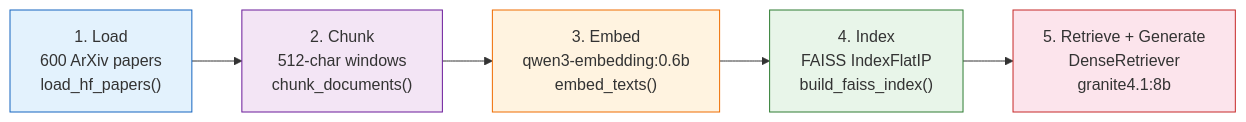
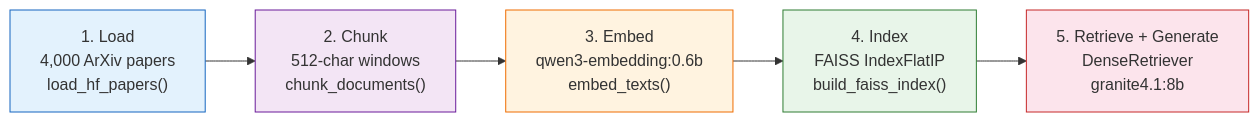
Before and after one commit to pypi-ahmad/agentic-rag-arxiv-research-assistant: the diagram in docs/03_part1_naive_rag/overview.md, drawn with Mermaid. The commit also changed other lines of this file and 25 other files, not shown here.

````diff
--- a/docs/03_part1_naive_rag/overview.md
+++ b/docs/03_part1_naive_rag/overview.md
@@ -18,13 +18,13 @@
 ```mermaid
 flowchart LR
-    A["1. Load\n600 ArXiv papers\nload_hf_papers()"] --> B["2. Chunk\n512-char windows\nchunk_documents()"]
+    A["1. Load\n4,000 ArXiv papers\nload_hf_papers()"] --> B["2. Chunk\n512-char windows\nchunk_documents()"]
     B --> C["3. Embed\nqwen3-embedding:0.6b\nembed_texts()"]
     C --> D["4. Index\nFAISS IndexFlatIP\nbuild_faiss_index()"]
     D --> E["5. Retrieve + Generate\nDenseRetriever\ngranite4.1:8b"]
 
     style A fill:#e3f2fd,stroke:#1565C0
     style B fill:#f3e5f5,stroke:#6A1B9A
     style C fill:#fff3e0,stroke:#EF6C00
     style D fill:#e8f5e9,stroke:#2E7D32
     style E fill:#fce4ec,stroke:#C62828
 ```
````
